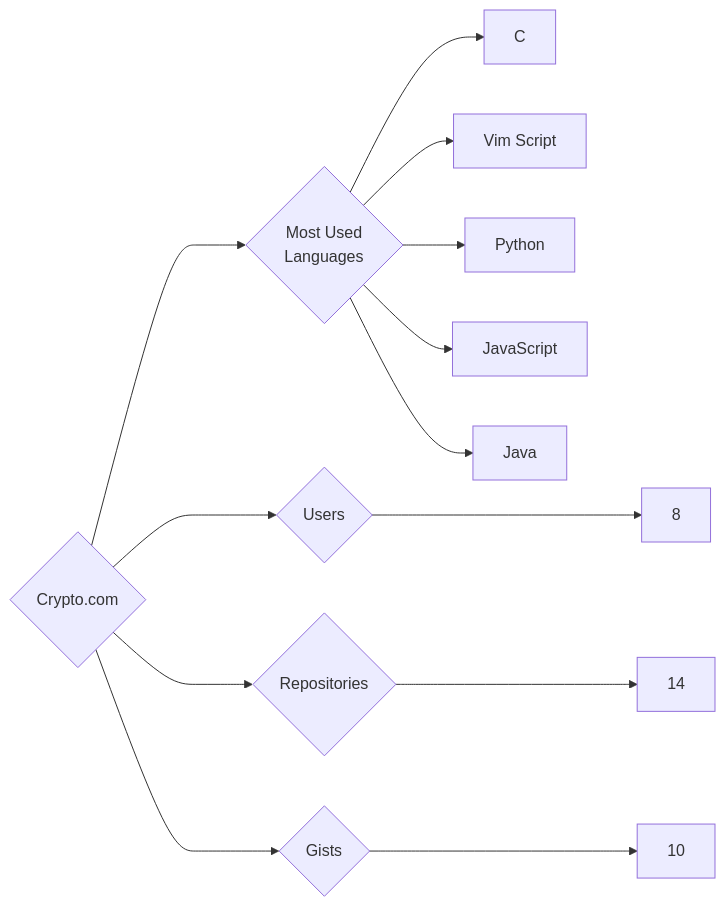
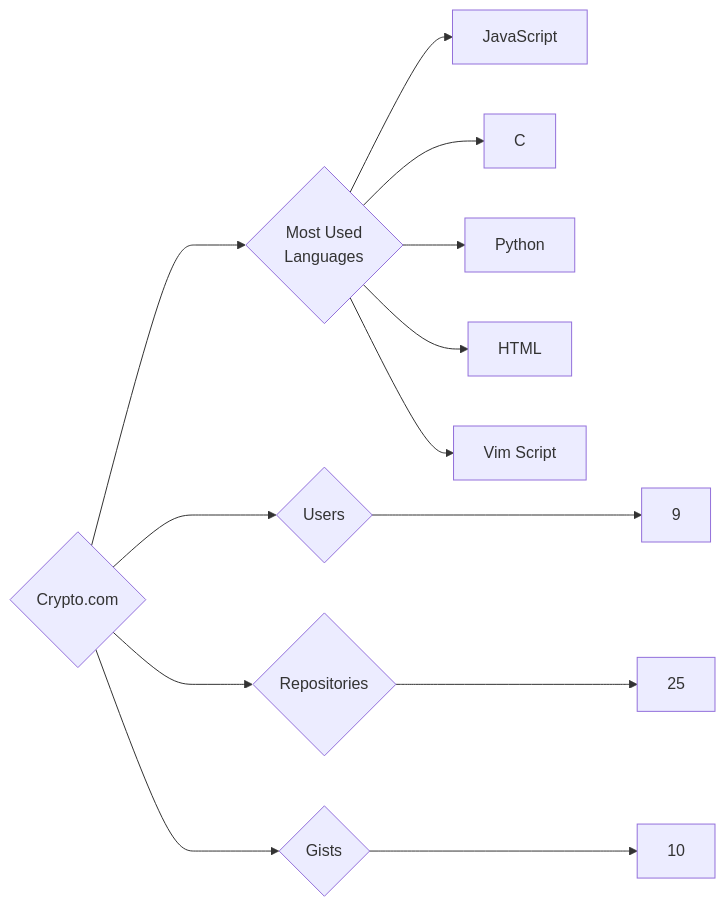
The diagram in targets/Crypto.com/README.md (trickest/insiders), drawn with Mermaid before and after one commit. The commit also changed 988 other files, not shown here.

````diff
--- a/targets/Crypto.com/README.md
+++ b/targets/Crypto.com/README.md
@@ -3,13 +3,13 @@
 ```mermaid
 graph LR
 COMPANY_NAME{Crypto.com}
-COMPANY_NAME ---> U{Users} ---> UN[8]
-COMPANY_NAME ---> R{Repositories} ---> RN[14]
+COMPANY_NAME ---> U{Users} ---> UN[9]
+COMPANY_NAME ---> R{Repositories} ---> RN[25]
 COMPANY_NAME ---> G{Gists} ---> GN[10]
 COMPANY_NAME ---> ML{Most Used<br>Languages}
+ML --> JavaScript[JavaScript]
 ML --> C[C]
+ML --> Python[Python]
+ML --> HTML[HTML]
 ML --> Vim_Script[Vim Script]
-ML --> Python[Python]
-ML --> JavaScript[JavaScript]
-ML --> Java[Java]
 ```
````
